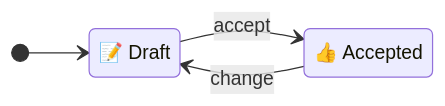
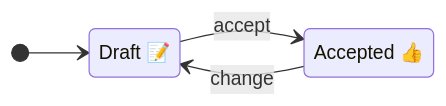
The diagram in docs/skills/spec.md (michaelmarconi/agentic-engineering), drawn with Mermaid before and after one commit. The commit also changed other lines of this file and 101 other files, not shown here.

````diff
--- a/docs/skills/spec.md
+++ b/docs/skills/spec.md
@@ -88,9 +88,9 @@
 ```mermaid
 stateDiagram-v2
     direction LR
-    state "📝 Draft" as Draft
-    state "👍 Accepted" as Accepted
+    state "Draft 📝" as Draft
+    state "Accepted 👍" as Accepted
     [*] --> Draft
     Draft --> Accepted: accept
     Accepted --> Draft: change
 ```
````
